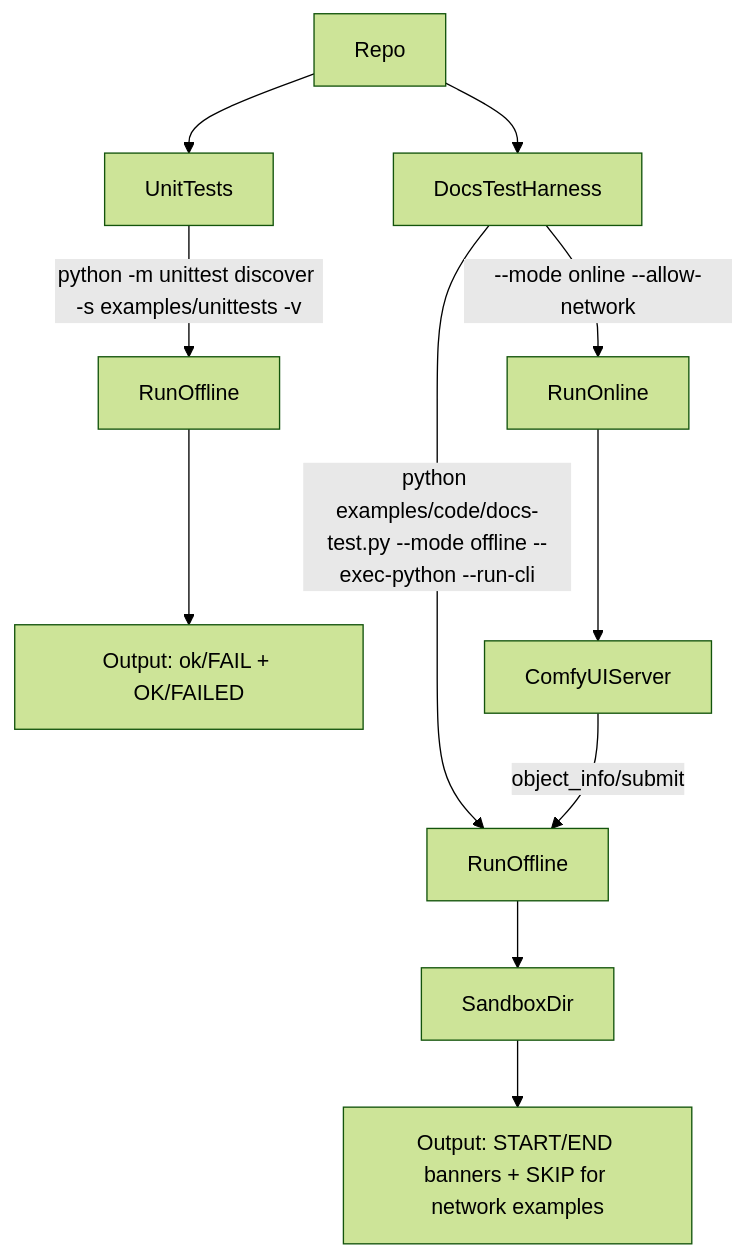
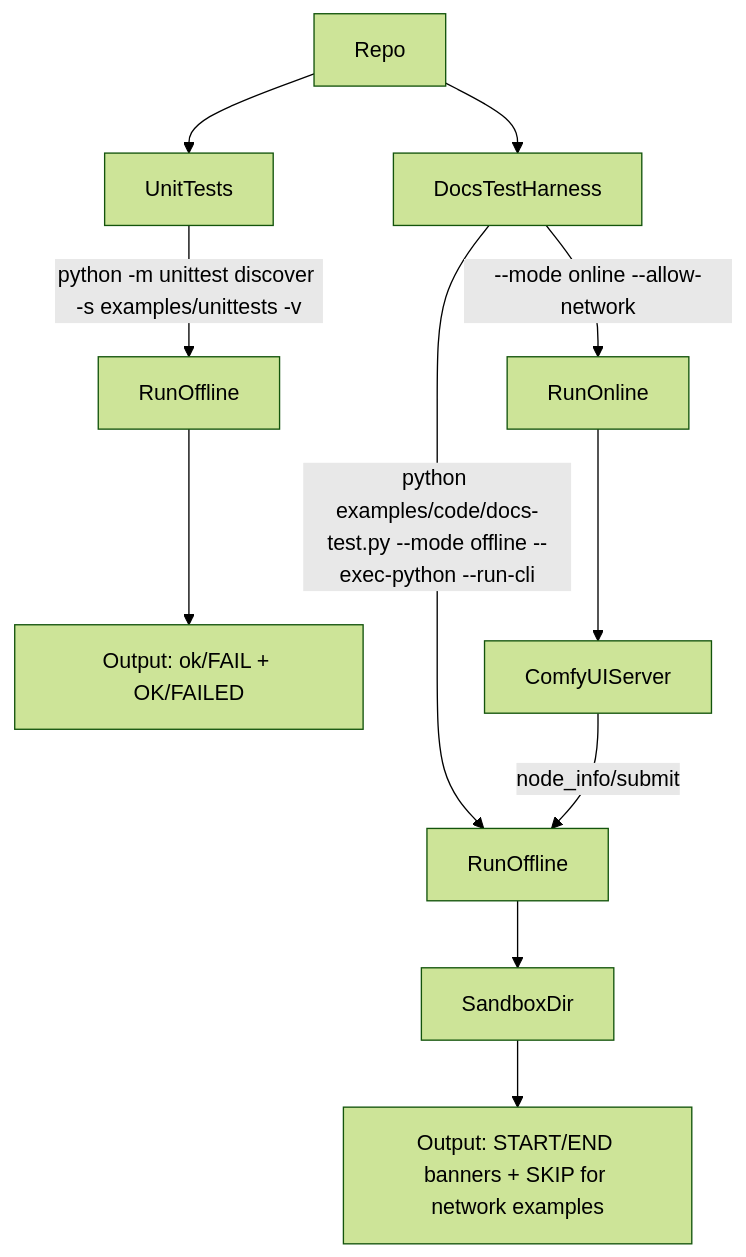
The diagram in docs/contributing-tests.md (chrisdreid/comfyui-autoflow), drawn with Mermaid (forest theme) before and after one commit. The commit also changed 53 other files, not shown here.

Commit message:
Major update on dot.accessors and renamed object_info to node_info

````diff
--- a/docs/contributing-tests.md
+++ b/docs/contributing-tests.md
@@ -3,16 +3,16 @@
 ```mermaid
 flowchart TD
   repo[Repo] --> unit[UnitTests]
   repo --> docs[DocsTestHarness]
 
   unit -->|"python -m unittest discover -s examples/unittests -v"| unitRun[RunOffline]
   unitRun --> unitOut["Output: ok/FAIL + OK/FAILED"]
 
   docs -->|"python examples/code/docs-test.py --mode offline --exec-python --run-cli"| docsRun[RunOffline]
   docsRun --> docsSandbox[SandboxDir]
   docsSandbox --> docsOut["Output: START/END banners + SKIP for network examples"]
 
   docs -->|"--mode online --allow-network"| docsOnline[RunOnline]
   docsOnline --> comfyServer[ComfyUIServer]
-  comfyServer -->|"object_info/submit"| docsRun
+  comfyServer -->|"node_info/submit"| docsRun
 ```
````
